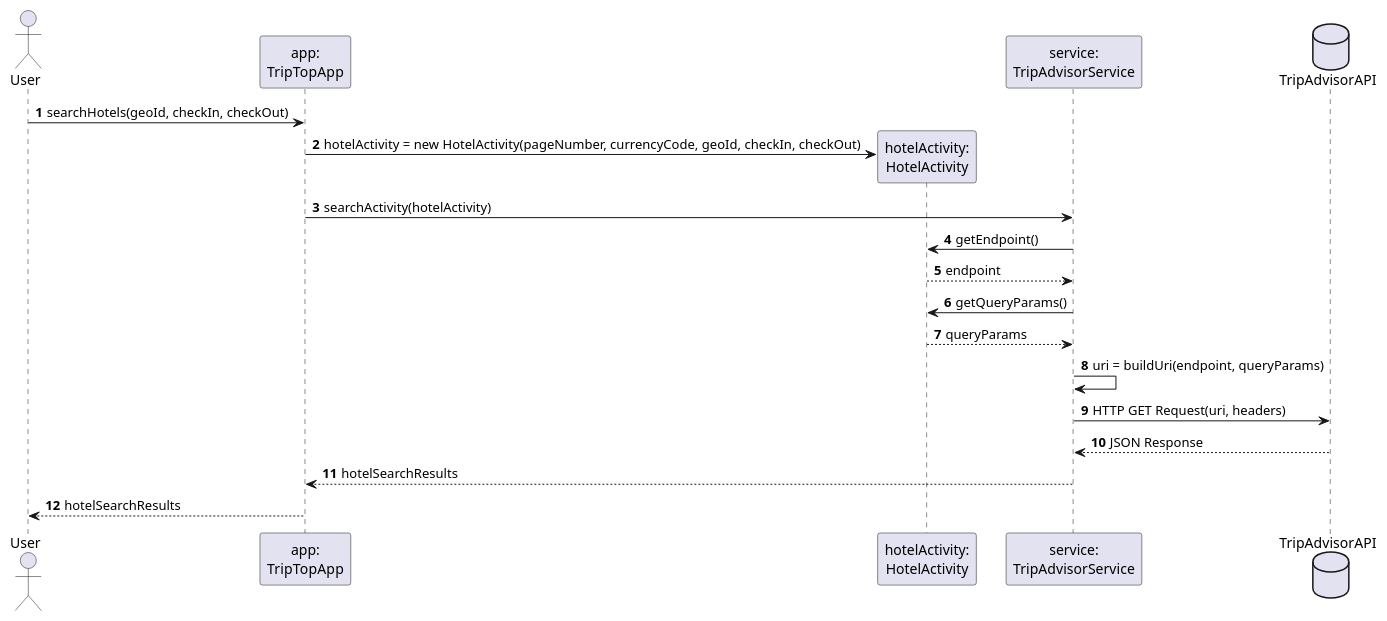
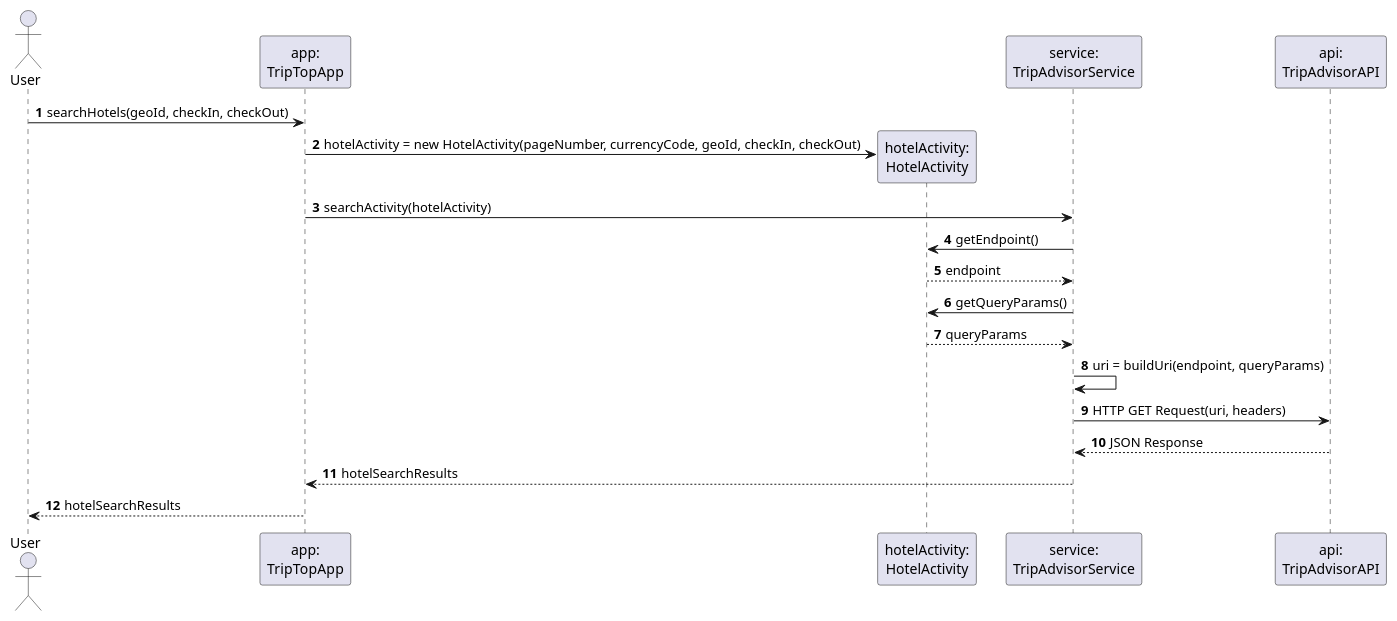
One commit to AIM-ENE-feb25/triptop-groep-b3 changed the diagram in software-guidebook/hotel-search-sequence-diagram.puml. Above: the diagram before and after it, drawn with PlantUML. The commit also changed 21 other files, not shown here.

```diff
--- a/software-guidebook/hotel-search-sequence-diagram.puml
+++ b/software-guidebook/hotel-search-sequence-diagram.puml
@@ -1,30 +1,30 @@
 @startuml
 autonumber
 
 actor User
 participant "app:\nTripTopApp" as app
 participant "hotelActivity:\nHotelActivity" as hotelActivity
 participant "service:\nTripAdvisorService" as service
-database "TripAdvisorAPI" as api
+participant "api:\nTripAdvisorAPI" as api
 
 User -> app: searchHotels(geoId, checkIn, checkOut)
 
 create hotelActivity
 app -> hotelActivity: hotelActivity = new HotelActivity(pageNumber, currencyCode, geoId, checkIn, checkOut)
 
 app -> service: searchActivity(hotelActivity)
 service -> hotelActivity: getEndpoint()
 hotelActivity --> service: endpoint
 
 service -> hotelActivity: getQueryParams()
 hotelActivity --> service: queryParams
 
 service -> service: uri = buildUri(endpoint, queryParams)
 
 service -> api: HTTP GET Request(uri, headers)
 api --> service: JSON Response
 
 service --> app: hotelSearchResults
 User <-- app: hotelSearchResults
 
 @enduml
```
